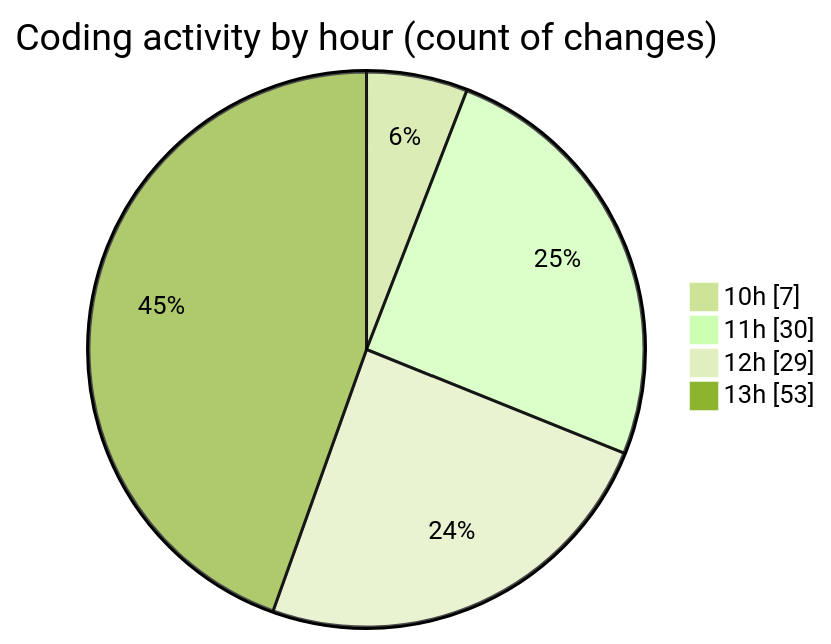
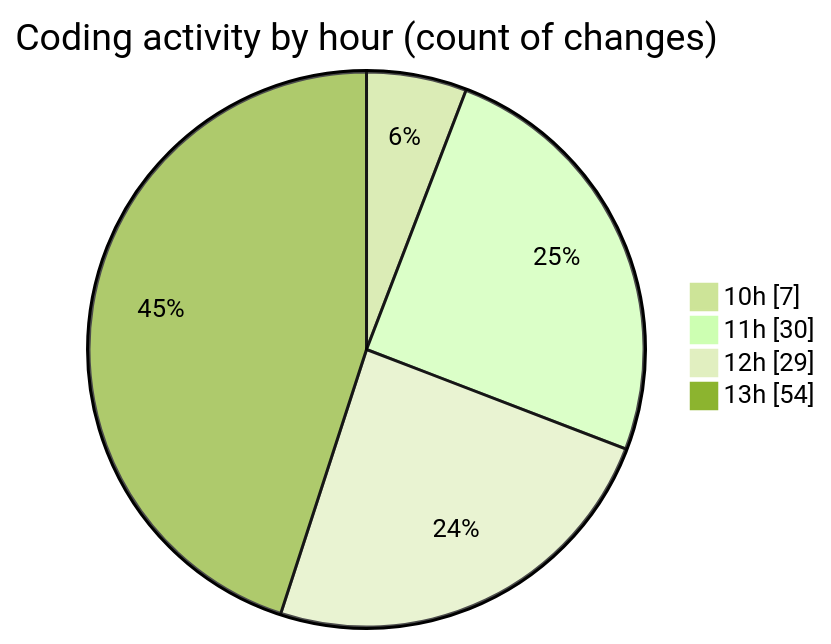
The second of 2 diagrams in 2025-06-26/cda/README.md (momahboobian/code-tracking), drawn with Mermaid (forest theme) before and after one commit. The commit also changed other lines of this file and 1 other file, not shown here.

````diff
--- a/2025-06-26/cda/README.md
+++ b/2025-06-26/cda/README.md
@@ -39,8 +39,8 @@
 ```mermaid
 pie showData
 title Coding activity by hour (count of changes)
 "10h" : 7
 "11h" : 30
 "12h" : 29
-"13h" : 53
+"13h" : 54
 ```
````
